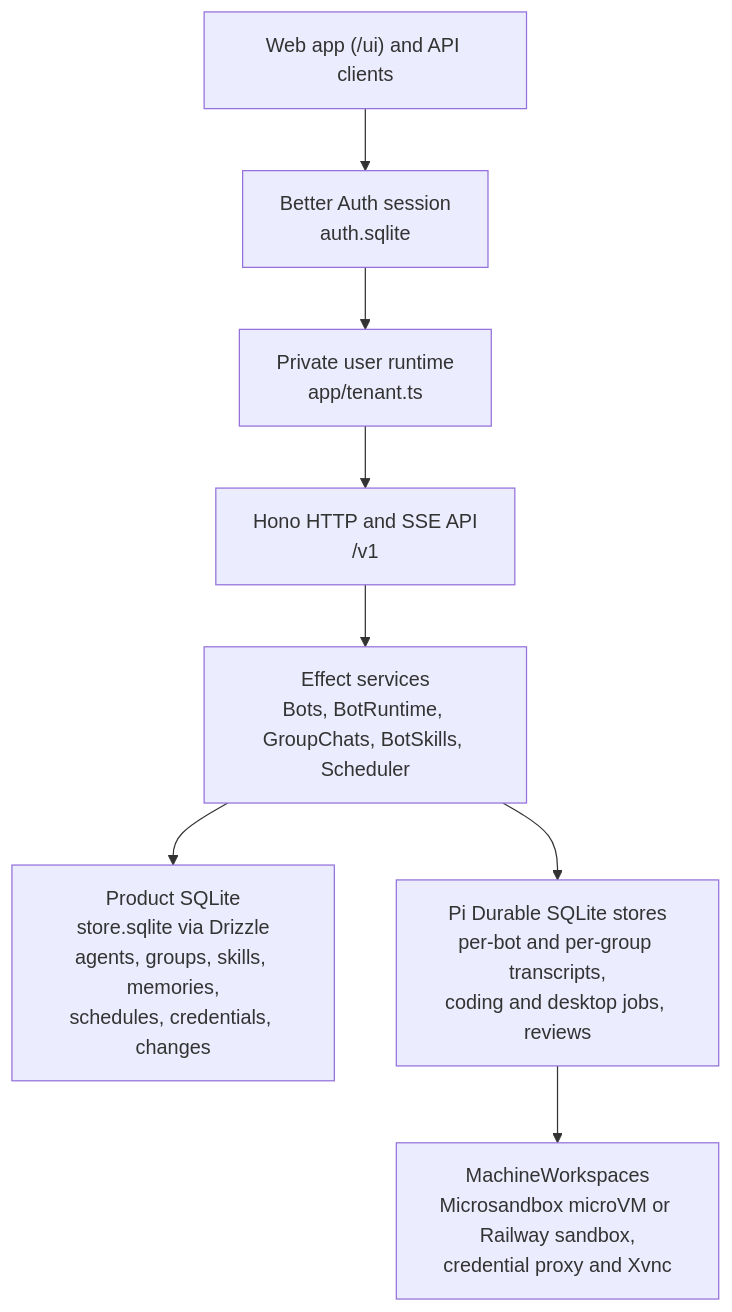
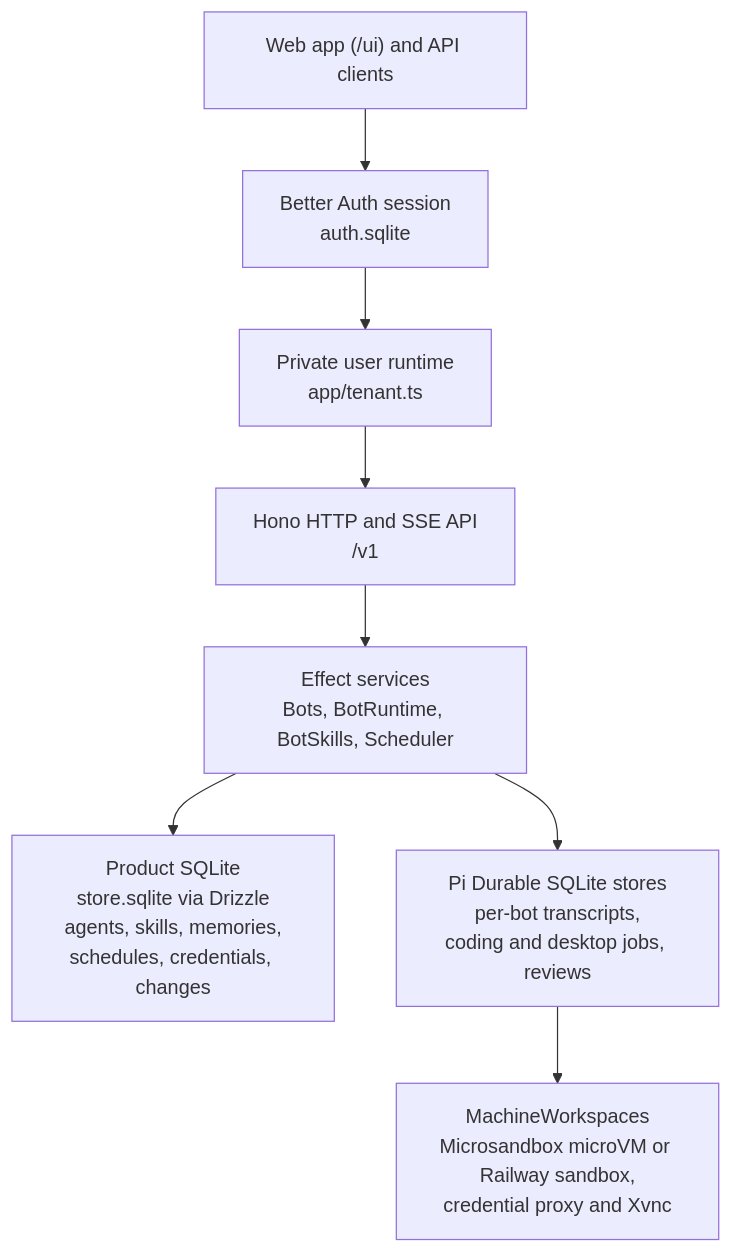
One commit to crumble-project/bot changed the diagram in apps/docs/content/contributing/architecture.mdx. Above: the diagram before and after it, drawn with Mermaid. The commit also changed other lines of this file and 161 other files, not shown here.

First line of the commit message:
feat!: remove group chats (#153)

````diff
--- a/apps/docs/content/contributing/architecture.mdx
+++ b/apps/docs/content/contributing/architecture.mdx
@@ -13,10 +13,10 @@
 ```mermaid
 flowchart TD
   Browser["Web app (/ui) and API clients"] --> Auth["Better Auth session<br/>auth.sqlite"]
   Auth --> Tenant["Private user runtime<br/>app/tenant.ts"]
   Tenant --> API["Hono HTTP and SSE API<br/>/v1"]
-  API --> Services["Effect services<br/>Bots, BotRuntime, GroupChats, BotSkills, Scheduler"]
-  Services --> Product["Product SQLite<br/>store.sqlite via Drizzle<br/>agents, groups, skills, memories,<br/>schedules, credentials, changes"]
-  Services --> Pi["Pi Durable SQLite stores<br/>per-bot and per-group transcripts,<br/>coding and desktop jobs, reviews"]
+  API --> Services["Effect services<br/>Bots, BotRuntime, BotSkills, Scheduler"]
+  Services --> Product["Product SQLite<br/>store.sqlite via Drizzle<br/>agents, skills, memories,<br/>schedules, credentials, changes"]
+  Services --> Pi["Pi Durable SQLite stores<br/>per-bot transcripts,<br/>coding and desktop jobs, reviews"]
   Pi --> Workspaces["MachineWorkspaces<br/>Microsandbox microVM or Railway sandbox,<br/>credential proxy and Xvnc"]
 ```
````
